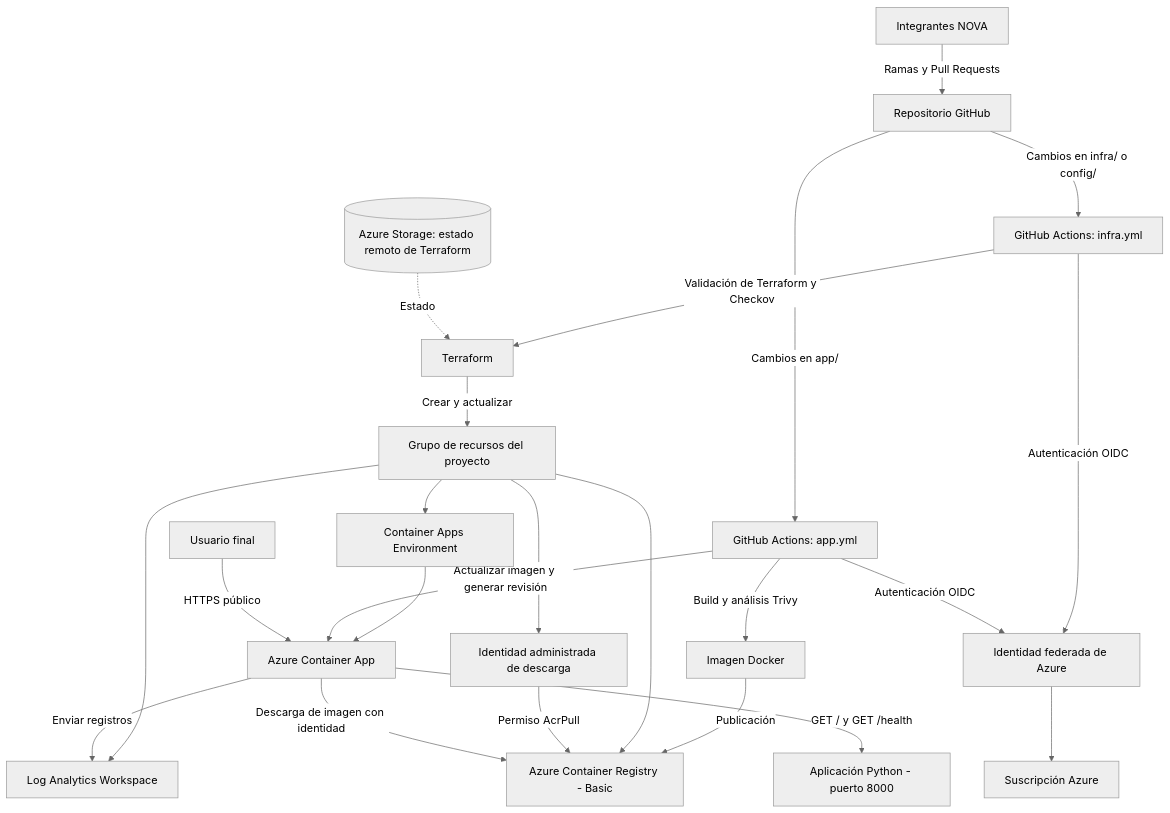
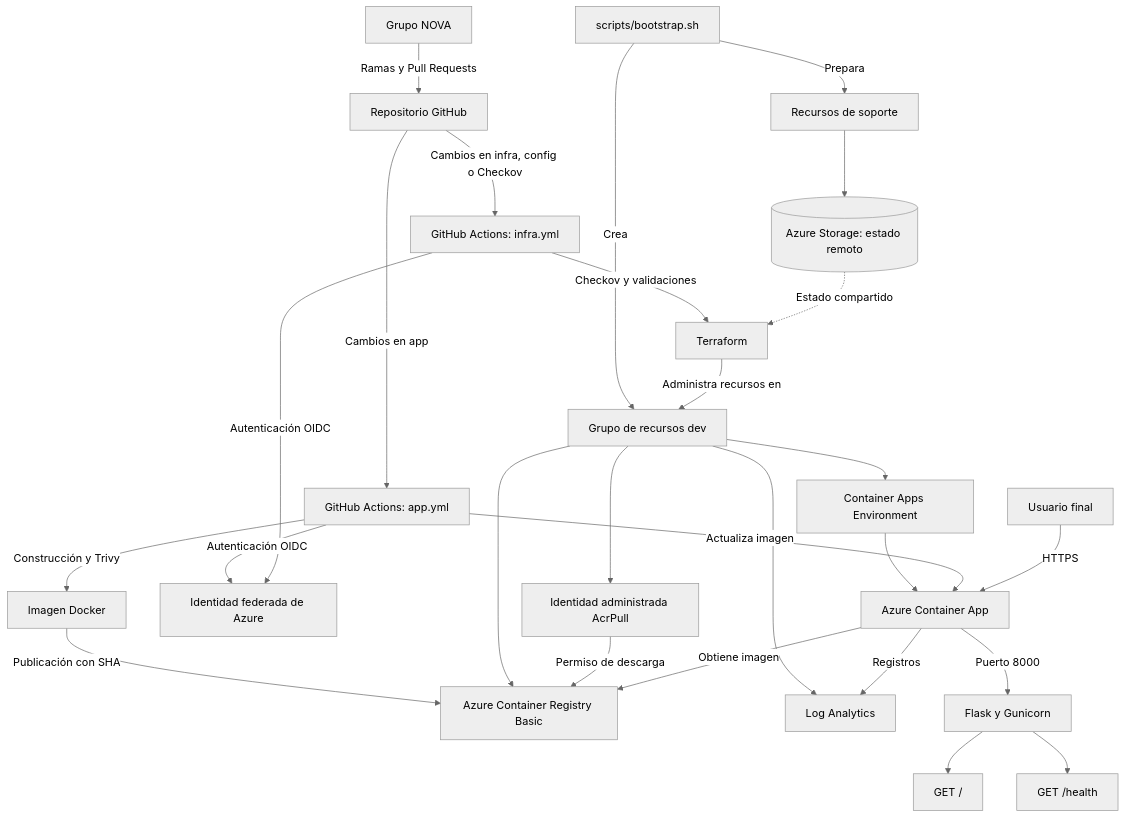
Before and after one commit to ISCOUTB/nova-parcial2: the diagram in docs/arquitectura.md, drawn with Mermaid (neutral theme). The commit also changed other lines of this file and 6 other files, not shown here.

Commit message:
docs: actualizar documentacion final del Grupo NOVA

````diff
--- a/docs/arquitectura.md
+++ b/docs/arquitectura.md
@@ -14,29 +16,34 @@
 ```mermaid
 flowchart TD
-    D[Integrantes NOVA] -->|Ramas y Pull Requests| GH[Repositorio GitHub]
-    GH -->|Cambios en app/| WA[GitHub Actions: app.yml]
-    GH -->|Cambios en infra/ o config/| WI[GitHub Actions: infra.yml]
+    EQ[Grupo NOVA] -->|Ramas y Pull Requests| GH[Repositorio GitHub]
+    GH -->|Cambios en app| APP[GitHub Actions: app.yml]
+    GH -->|Cambios en infra, config o Checkov| INF[GitHub Actions: infra.yml]
 
-    WI -->|Validación de Terraform y Checkov| TF[Terraform]
-    WA -->|Build y análisis Trivy| IMG[Imagen Docker]
-    IMG -->|Publicación| ACR[Azure Container Registry - Basic]
+    APP -->|Construcción y Trivy| IMG[Imagen Docker]
+    IMG -->|Publicación con SHA| ACR[Azure Container Registry Basic]
+    INF -->|Checkov y validaciones| TF[Terraform]
 
-    WI -->|Autenticación OIDC| ID[Identidad federada de Azure]
-    WA -->|Autenticación OIDC| ID
-    ID --> AZ[Suscripción Azure]
-    TF -->|Crear y actualizar| RG[Grupo de recursos del proyecto]
+    APP -->|Autenticación OIDC| OIDC[Identidad federada de Azure]
+    INF -->|Autenticación OIDC| OIDC
 
-    RG --> LAW[Log Analytics Workspace]
-    RG --> CAE[Container Apps Environment]
+    BOOT[scripts/bootstrap.sh] -->|Prepara| OPS[Recursos de soporte]
+    BOOT -->|Crea| RG[Grupo de recursos dev]
+    OPS --> STATE[(Azure Storage: estado remoto)]
+    STATE -.->|Estado compartido| TF
+    TF -->|Administra recursos en| RG
+
+    RG --> LAW[Log Analytics]
     RG --> ACR
-    RG --> MI[Identidad administrada de descarga]
-    CAE --> CA[Azure Container App]
-    MI -->|Permiso AcrPull| ACR
-    CA -->|Descarga de imagen con identidad| ACR
-    WA -->|Actualizar imagen y generar revisión| CA
-    CA -->|Enviar registros| LAW
+    RG --> ENV[Container Apps Environment]
+    RG --> MI[Identidad administrada AcrPull]
+    ENV --> CA[Azure Container App]
+    MI -->|Permiso de descarga| ACR
+    CA -->|Obtiene imagen| ACR
+    APP -->|Actualiza imagen| CA
+    CA -->|Registros| LAW
 
-    U[Usuario final] -->|HTTPS público| CA
-    CA -->|GET / y GET /health| API[Aplicación Python - puerto 8000]
-    BE[(Azure Storage: estado remoto de Terraform)] -.->|Estado| TF
+    USR[Usuario final] -->|HTTPS| CA
+    CA -->|Puerto 8000| API[Flask y Gunicorn]
+    API --> HOME[GET /]
+    API --> HEALTH[GET /health]
 ```
````
